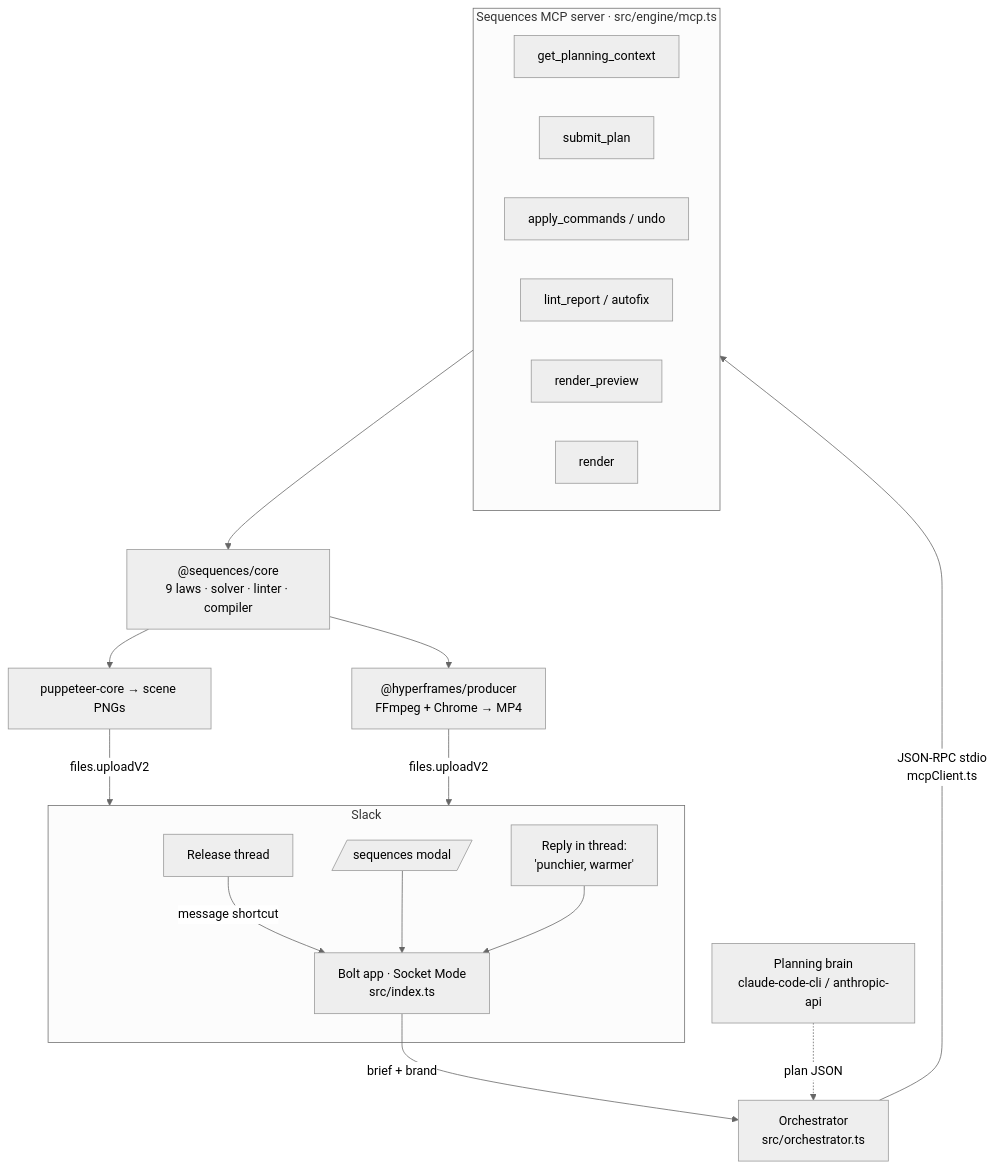
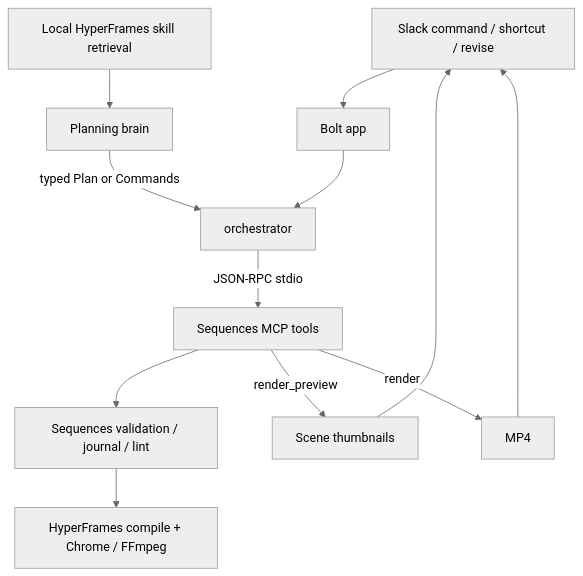
Before and after one commit to vladimirhegai/Slack_Sequences: the diagram in apps/slack/SLACK_PLAN.md, drawn with Mermaid (neutral theme). The commit also changed other lines of this file and 1368 other files, not shown here.

````diff
--- a/apps/slack/SLACK_PLAN.md
+++ b/apps/slack/SLACK_PLAN.md
@@ -166,31 +97,14 @@
 ```mermaid
 flowchart TD
-  subgraph Slack
-    A[Release thread] -->|message shortcut| B
-    A2[/sequences modal/] --> B
-    B[Bolt app · Socket Mode<br/>src/index.ts]
-    R[Reply in thread:<br/>'punchier, warmer'] --> B
-  end
-
-  B -->|brief + brand| O[Orchestrator<br/>src/orchestrator.ts]
-
-  subgraph MCP[Sequences MCP server · src/engine/mcp.ts]
-    T1[get_planning_context]
-    T2[submit_plan]
-    T3[apply_commands / undo]
-    T4[lint_report / autofix]
-    T5[render_preview]
-    T6[render]
-  end
-
-  O -->|JSON-RPC stdio<br/>mcpClient.ts| MCP
-
-  P[Planning brain<br/>claude-code-cli / anthropic-api] -.plan JSON.-> O
-
-  MCP --> C["@sequences/core<br/>9 laws · solver · linter · compiler"]
-  C --> H["@hyperframes/producer<br/>FFmpeg + Chrome → MP4"]
-  C --> TH[puppeteer-core → scene PNGs]
-
-  TH -->|files.uploadV2| Slack
-  H -->|files.uploadV2| Slack
+  S[Slack command / shortcut / revise] --> B[Bolt app]
+  B --> O[orchestrator]
+  K[Local HyperFrames skill retrieval] --> P[Planning brain]
+  P -->|typed Plan or Commands| O
+  O -->|JSON-RPC stdio| M[Sequences MCP tools]
+  M --> C[Sequences validation / journal / lint]
+  C --> H[HyperFrames compile + Chrome / FFmpeg]
+  M -->|render_preview| T[Scene thumbnails]
+  M -->|render| V[MP4]
+  T --> S
+  V --> S
 ```
````
